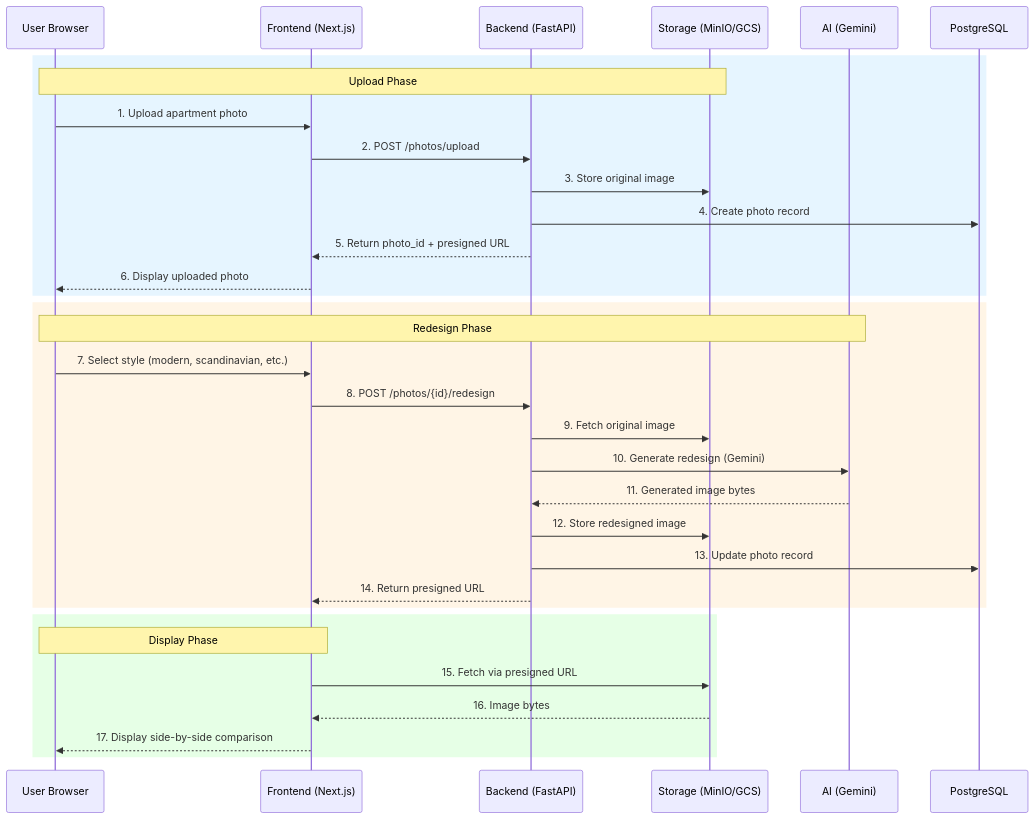
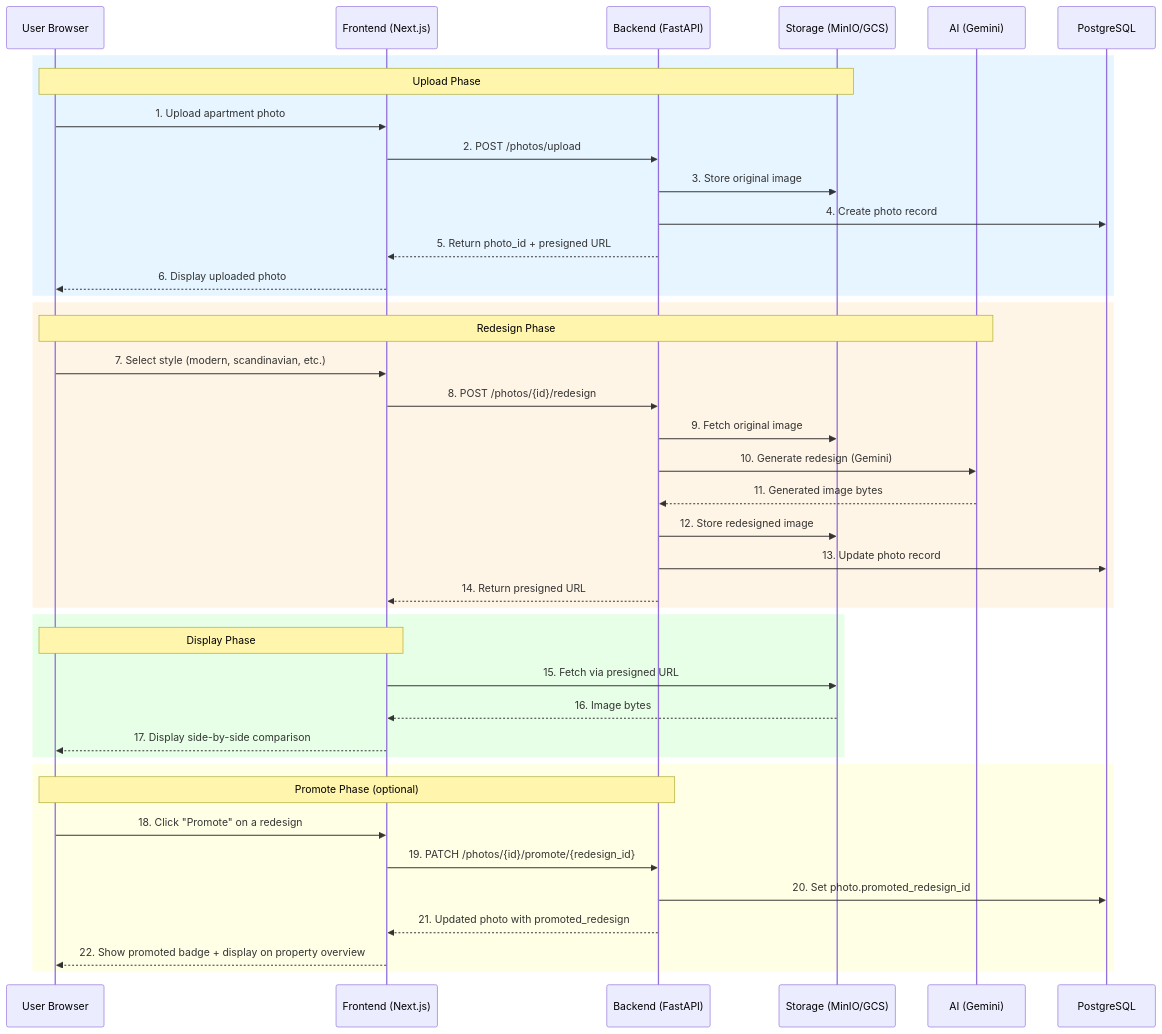
Before and after one commit to benjamin-karaoglan/AppArtAgent: the seventh of 16 diagrams in docs/architecture/data-flow.md, drawn with Mermaid. The commit also changed other lines of this file and 10 other files, not shown here.

````diff
--- a/docs/architecture/data-flow.md
+++ b/docs/architecture/data-flow.md
@@ -182,38 +207,47 @@
 ```mermaid
 sequenceDiagram
     participant User as User Browser
     participant FE as Frontend (Next.js)
     participant BE as Backend (FastAPI)
     participant Store as Storage (MinIO/GCS)
     participant AI as AI (Gemini)
     participant DB as PostgreSQL
 
     rect rgb(230, 245, 255)
         Note over User,Store: Upload Phase
         User->>FE: 1. Upload apartment photo
         FE->>BE: 2. POST /photos/upload
         BE->>Store: 3. Store original image
         BE->>DB: 4. Create photo record
         BE-->>FE: 5. Return photo_id + presigned URL
         FE-->>User: 6. Display uploaded photo
     end
 
     rect rgb(255, 245, 230)
         Note over User,AI: Redesign Phase
         User->>FE: 7. Select style (modern, scandinavian, etc.)
         FE->>BE: 8. POST /photos/{id}/redesign
         BE->>Store: 9. Fetch original image
         BE->>AI: 10. Generate redesign (Gemini)
         AI-->>BE: 11. Generated image bytes
         BE->>Store: 12. Store redesigned image
         BE->>DB: 13. Update photo record
         BE-->>FE: 14. Return presigned URL
     end
 
     rect rgb(230, 255, 230)
         Note over User,FE: Display Phase
         FE->>Store: 15. Fetch via presigned URL
         Store-->>FE: 16. Image bytes
         FE-->>User: 17. Display side-by-side comparison
     end
+
+    rect rgb(255, 255, 230)
+        Note over User,BE: Promote Phase (optional)
+        User->>FE: 18. Click "Promote" on a redesign
+        FE->>BE: 19. PATCH /photos/{id}/promote/{redesign_id}
+        BE->>DB: 20. Set photo.promoted_redesign_id
+        BE-->>FE: 21. Updated photo with promoted_redesign
+        FE-->>User: 22. Show promoted badge + display on property overview
+    end
 ```
````
